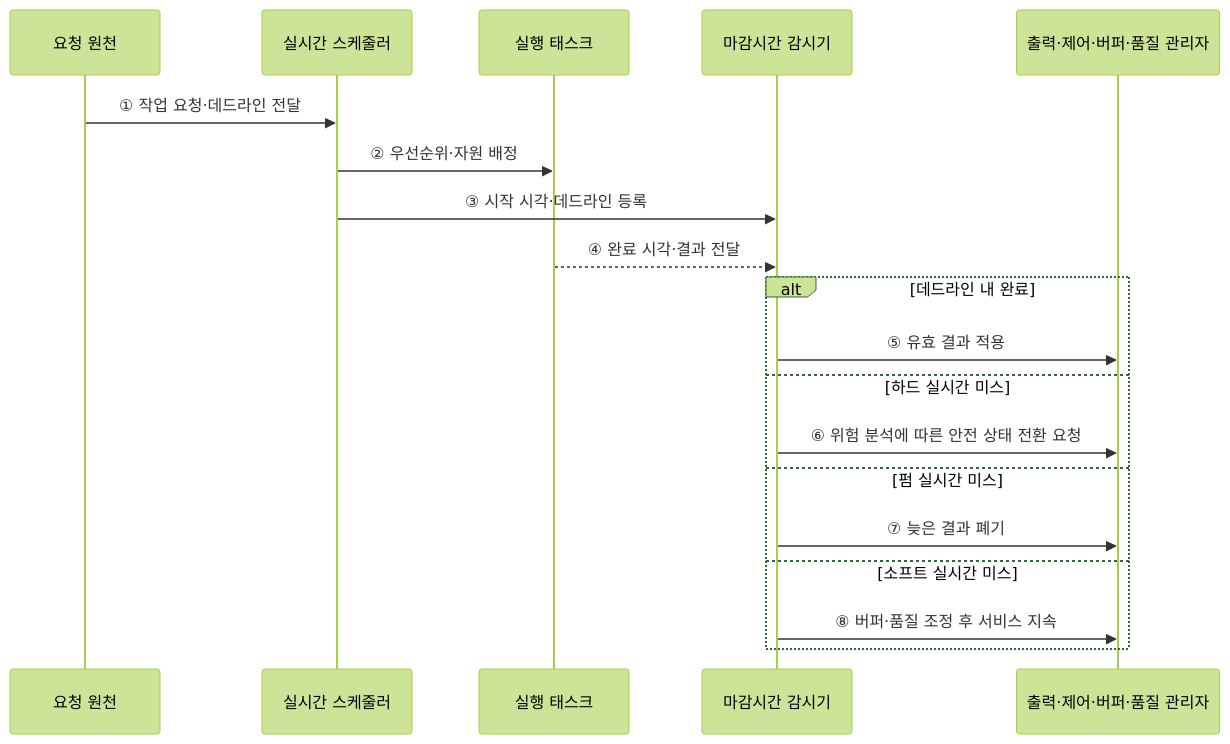
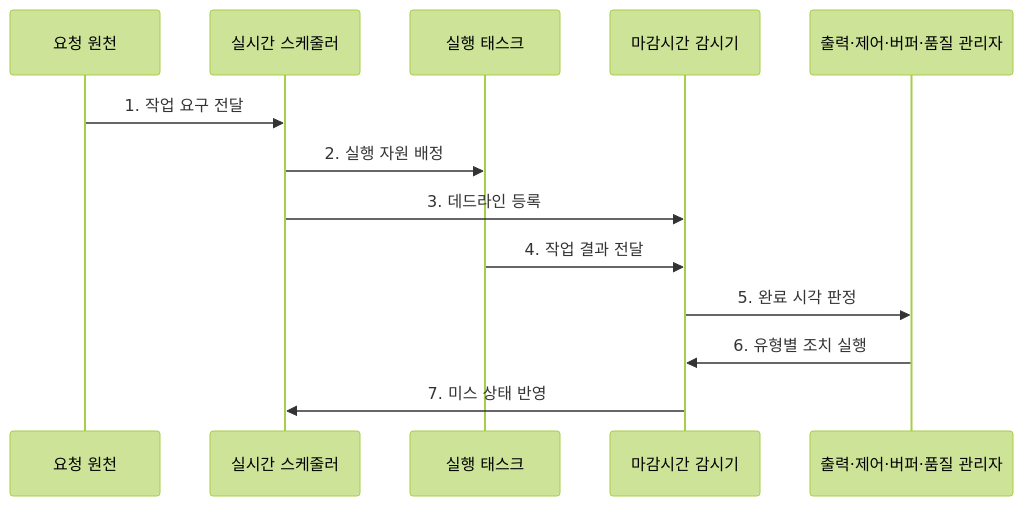
Before and after one commit to agnusdei1207/knowledge-base: the second of 2 diagrams in src/content/docs/notes/02-hardware/062_hard_soft_real_time.md, drawn with Mermaid (forest theme). The commit also changed other lines of this file and 20 other files, not shown here.

````diff
--- a/src/content/docs/notes/02-hardware/062_hard_soft_real_time.md
+++ b/src/content/docs/notes/02-hardware/062_hard_soft_real_time.md
@@ -76,22 +84,16 @@
 ```mermaid
 sequenceDiagram
     participant R as 요청 원천
     participant S as 실시간 스케줄러
     participant T as 실행 태스크
     participant D as 마감시간 감시기
     participant O as 출력·제어·버퍼·품질 관리자
 
-    R->>S: ① 작업 요청·데드라인 전달
-    S->>T: ② 우선순위·자원 배정
-    S->>D: ③ 시작 시각·데드라인 등록
-    T-->>D: ④ 완료 시각·결과 전달
-    alt 데드라인 내 완료
-        D->>O: ⑤ 유효 결과 적용
-    else 하드 실시간 미스
-        D->>O: ⑥ 위험 분석에 따른 안전 상태 전환 요청
-    else 펌 실시간 미스
-        D->>O: ⑦ 늦은 결과 폐기
-    else 소프트 실시간 미스
-        D->>O: ⑧ 버퍼·품질 조정 후 서비스 지속
-    end
+    R->>S: 1. 작업 요구 전달
+    S->>T: 2. 실행 자원 배정
+    S->>D: 3. 데드라인 등록
+    T->>D: 4. 작업 결과 전달
+    D->>O: 5. 완료 시각 판정
+    O->>D: 6. 유형별 조치 실행
+    D->>S: 7. 미스 상태 반영
 ```
````
